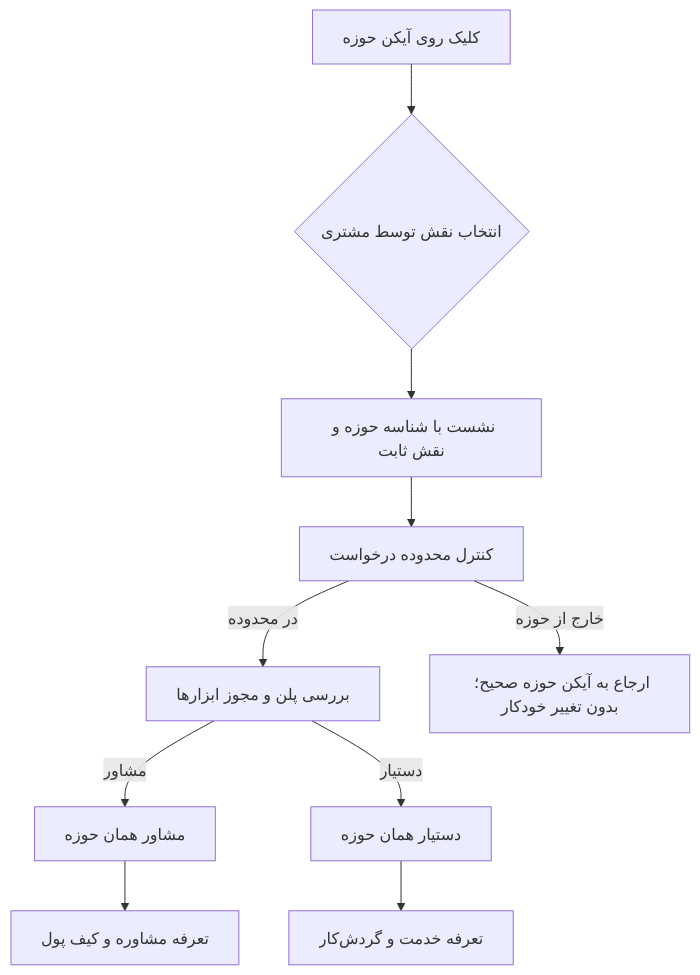
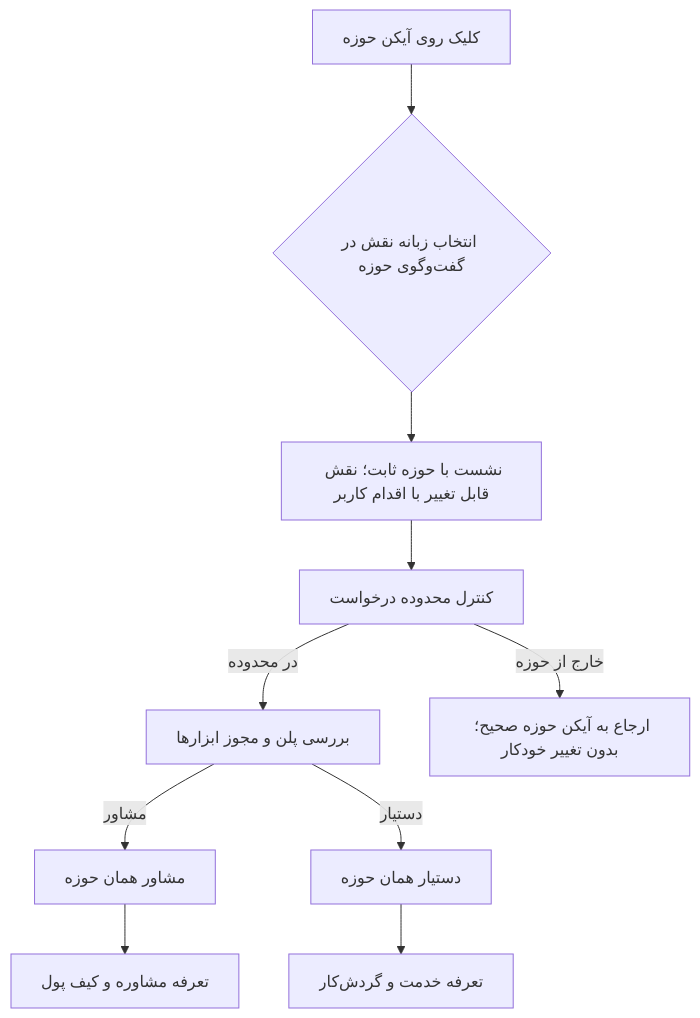
Before and after one commit to Brotherlouiee/shahab-demo: the sixth of 26 diagrams in docs/SHAHAB_PHASE_2_DEVELOPMENT_BLUEPRINT.md, drawn with Mermaid. The commit also changed other lines of this file, not shown here.

````diff
--- a/docs/SHAHAB_PHASE_2_DEVELOPMENT_BLUEPRINT.md
+++ b/docs/SHAHAB_PHASE_2_DEVELOPMENT_BLUEPRINT.md
@@ -859,18 +859,18 @@
 ```mermaid
 flowchart TD
     A["کلیک روی آیکن حوزه"]
-    B{"انتخاب نقش توسط مشتری"}
-    C["نشست با شناسه حوزه و نقش ثابت"]
+    B{"انتخاب زبانه نقش در گفت‌وگوی حوزه"}
+    C["نشست با حوزه ثابت؛ نقش قابل تغییر با اقدام کاربر"]
     D["کنترل محدوده درخواست"]
     E["بررسی پلن و مجوز ابزارها"]
     F["مشاور همان حوزه"]
     G["دستیار همان حوزه"]
     H["ارجاع به آیکن حوزه صحیح؛ بدون تغییر خودکار"]
     I["تعرفه مشاوره و کیف پول"]
     J["تعرفه خدمت و گردش‌کار"]
     A --> B --> C --> D
     D -->|خارج از حوزه| H
     D -->|در محدوده| E
     E -->|مشاور| F --> I
     E -->|دستیار| G --> J
 ```
````
